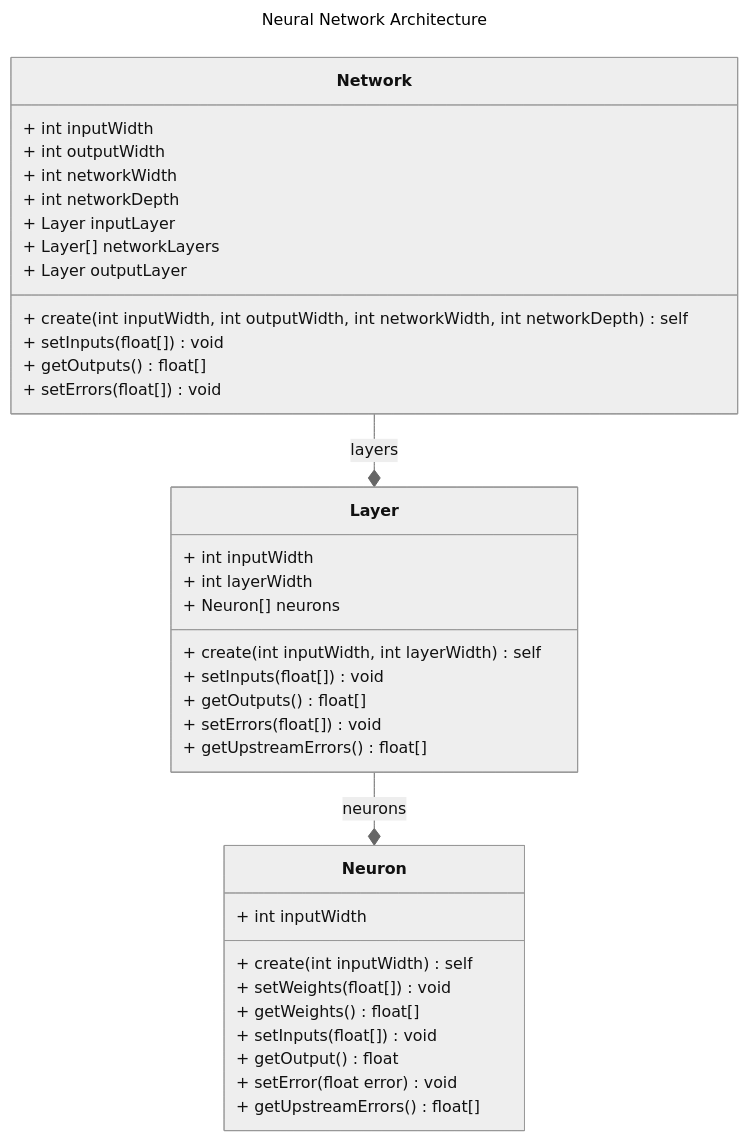
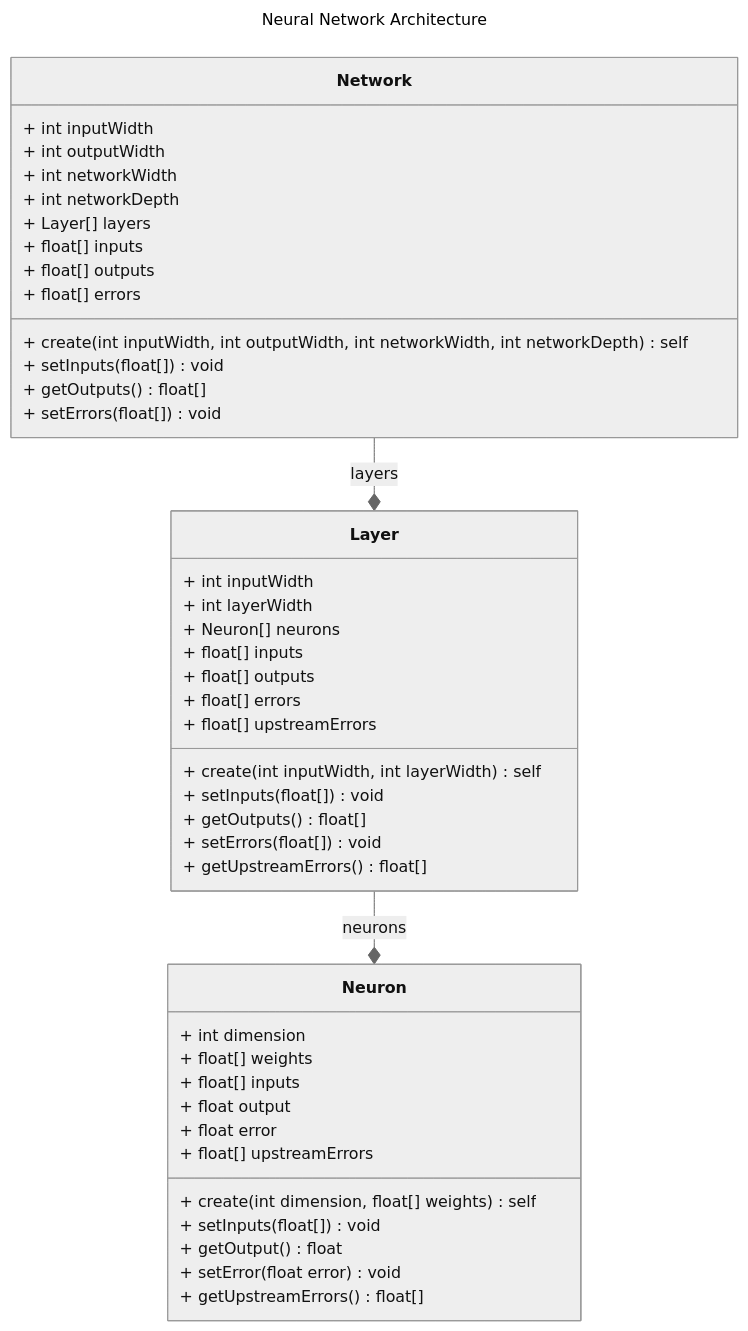
The diagram in Readme.md (mficzel/NeuralNetworkPlayground), drawn with Mermaid (neutral theme) before and after one commit.

Commit message:
DOCS: Nicify stuff

````diff
--- a/Readme.md
+++ b/Readme.md
@@ -1,50 +1,59 @@
 ```mermaid
 ---
 title: Neural Network Architecture
 ---
 classDiagram
 
   class Network {
      + int inputWidth
      + int outputWidth
      + int networkWidth
      + int networkDepth
-     + Layer inputLayer
-     + Layer[] networkLayers 
-     + Layer outputLayer  
+     + Layer[] layers
      + create(int inputWidth, int outputWidth, int networkWidth, int networkDepth) self
 
+     + float[] inputs
+     + float[] outputs
      + setInputs(float[]) void
      + getOutputs() float[]
 
+     + float[] errors 
      + setErrors(float[]) void
   }
 
   class Layer {
      + int inputWidth
-     + int layerWidth
-     + Neuron[] neurons 
+     + int layerWidth     
+     + Neuron[] neurons
      + create(int inputWidth, int layerWidth) self
-
+     
+     + float[] inputs
+     + float[] outputs
      + setInputs(float[]) void
      + getOutputs() float[]
      
+     + float[] errors
+     + float[] upstreamErrors 
      + setErrors(float[]) void
      + getUpstreamErrors() float[]
   }
 
   class Neuron {
-     + int inputWidth
-     + create(int inputWidth) self
-     + setWeights(float[]) void
-     + getWeights() float[]
+     + int dimension
+     + float[] weights
+     + create(int dimension, float[] weights) self
+
+     + float[] inputs
+     + float output
      + setInputs(float[]) void
-     + getOutput() float
-
+     + getOutput() float  
+     
+     + float error
+     + float[] upstreamErrors
      + setError(float error) void
      + getUpstreamErrors() float[]
   }
 
   Network --* Layer : layers
   Layer --* Neuron : neurons
 ```
````
